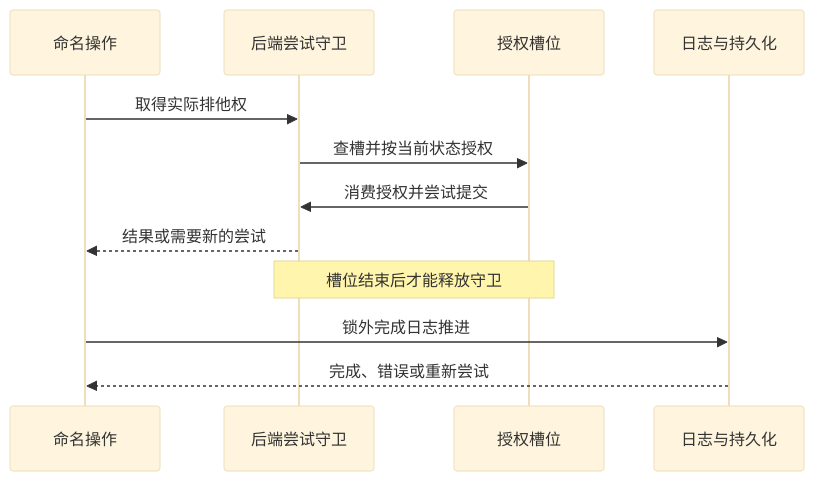
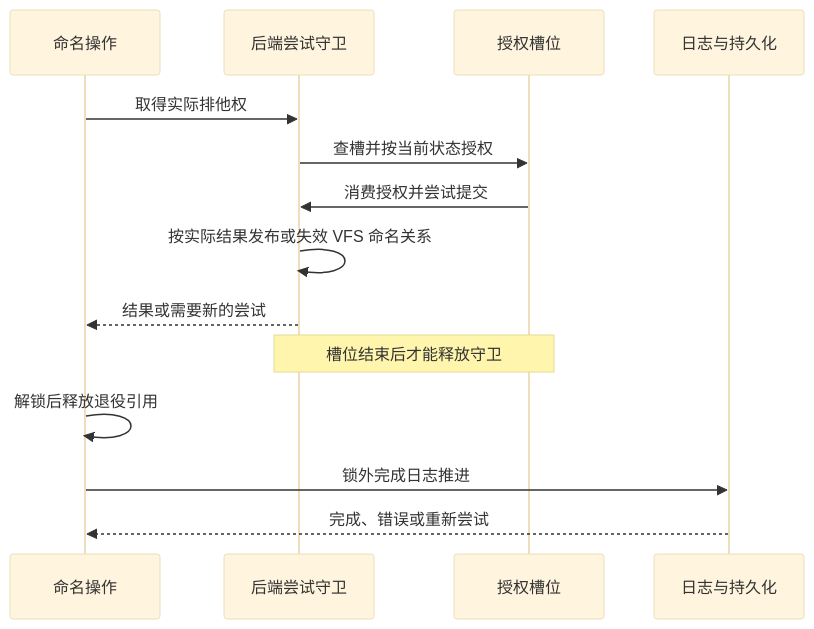
The second of 2 diagrams in design/vfs-lookup-ownership.md (rcore-os/tgoskits), drawn with Mermaid (base theme) before and after one commit. The commit also changed other lines of this file, not shown here.

Commit message:
docs(vfs): bind namespace attempts to publication and write access

````diff
--- a/design/vfs-lookup-ownership.md
+++ b/design/vfs-lookup-ownership.md
@@ -258,14 +277,16 @@
 ```mermaid
 sequenceDiagram
     participant O as 命名操作
     participant G as 后端尝试守卫
     participant A as 授权槽位
     participant J as 日志与持久化
     O->>G: 取得实际排他权
     G->>A: 查槽并按当前状态授权
     A->>G: 消费授权并尝试提交
+    G->>G: 按实际结果发布或失效 VFS 命名关系
     G-->>O: 结果或需要新的尝试
     Note over G,A: 槽位结束后才能释放守卫
+    O->>O: 解锁后释放退役引用
     O->>J: 锁外完成日志推进
     J-->>O: 完成、错误或重新尝试
 ```
````
